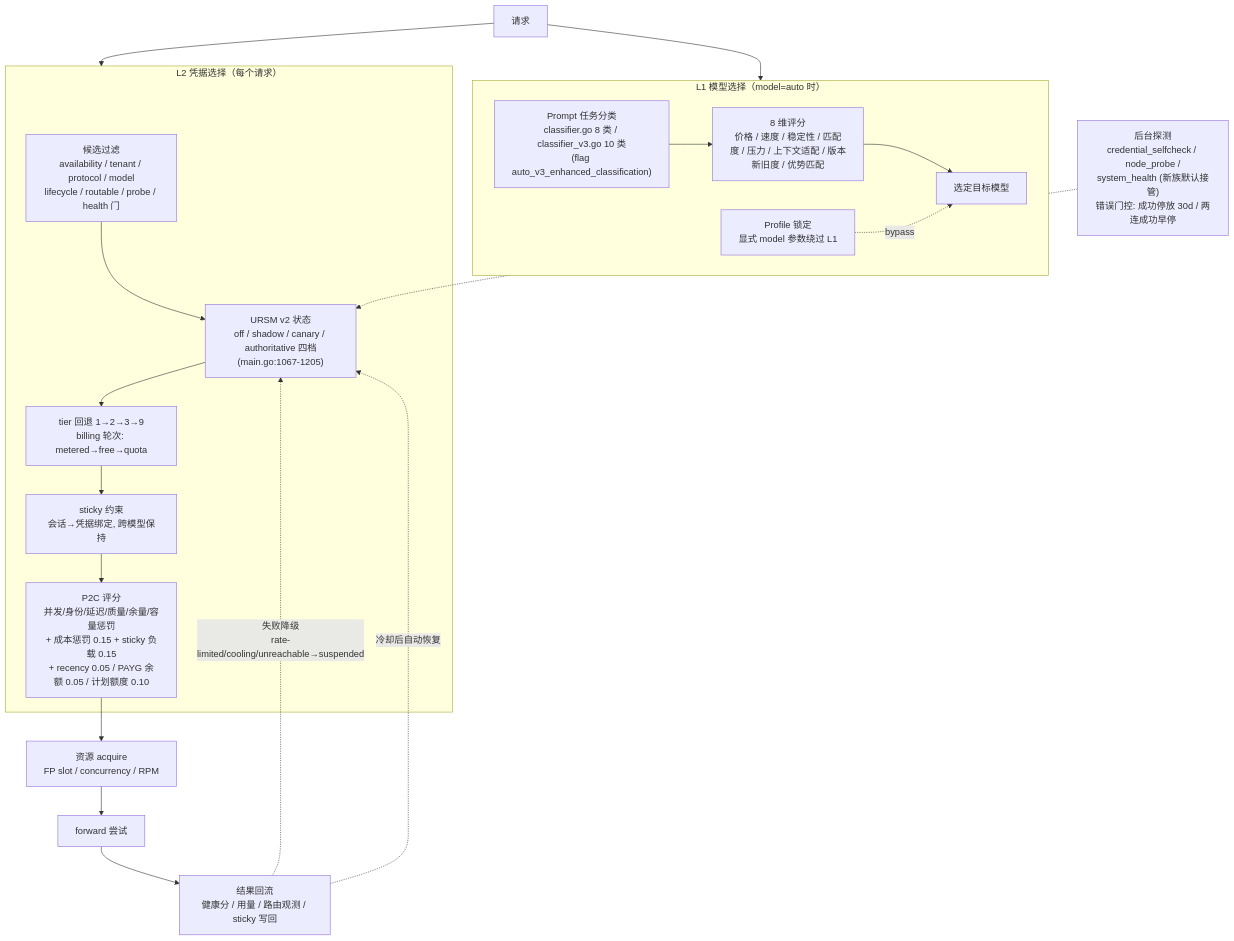
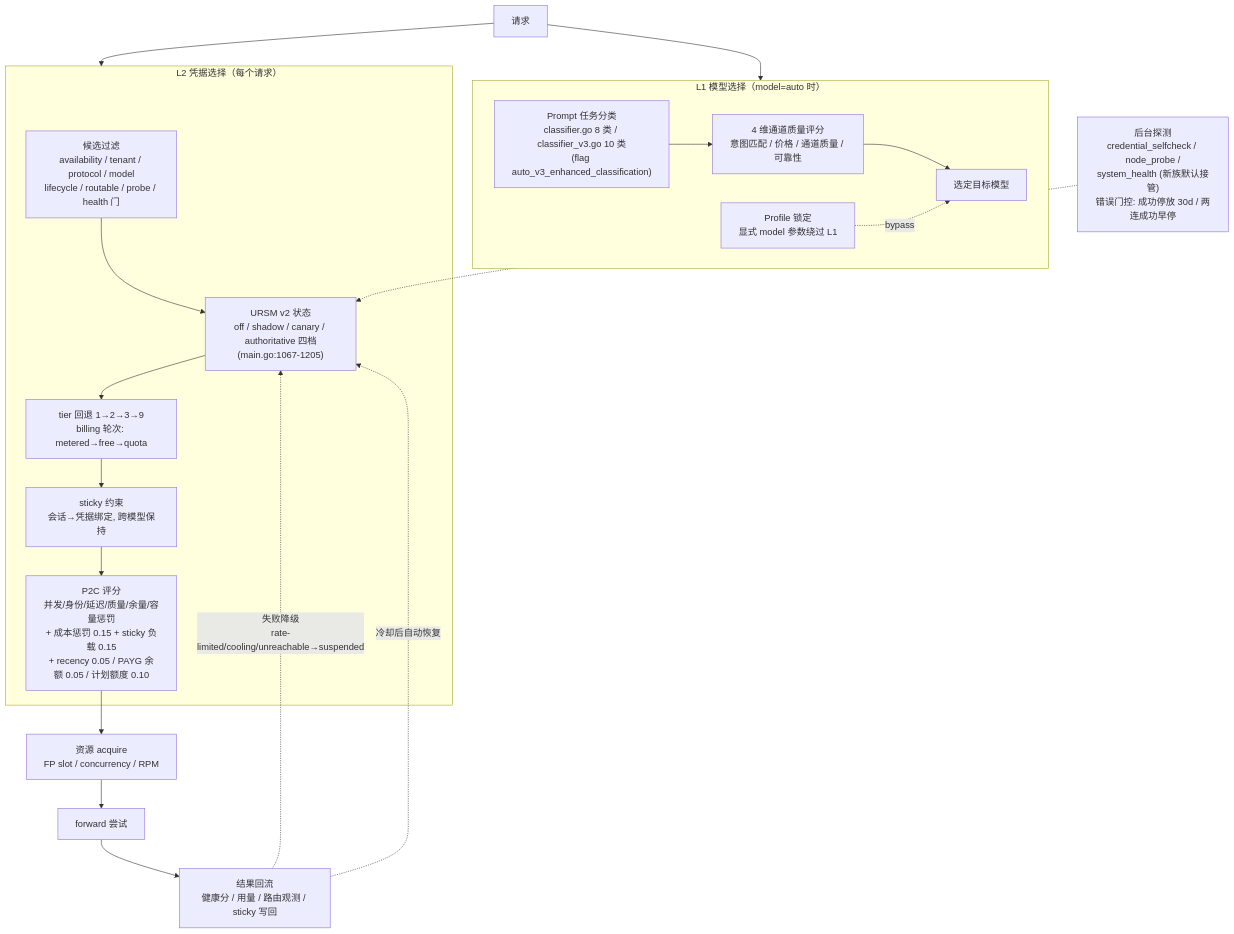
Before and after one commit to halfking/ai-native-gateway-core: the fourth of 9 diagrams in docs/architecture-diagrams.md, drawn with Mermaid. The commit also changed other lines of this file and 10 other files, not shown here.

````diff
--- a/docs/architecture-diagrams.md
+++ b/docs/architecture-diagrams.md
@@ -159,29 +159,29 @@
 ```mermaid
 graph TB
     subgraph L1["L1 模型选择（model=auto 时）"]
         CLS["Prompt 任务分类<br/>classifier.go 8 类 / classifier_v3.go 10 类<br/>(flag auto_v3_enhanced_classification)"]
-        SCORE8["8 维评分<br/>价格 / 速度 / 稳定性 / 匹配度 / 压力 / 上下文适配 / 版本新旧度 / 优势匹配"]
+        SCORE4["4 维通道质量评分<br/>意图匹配 / 价格 / 通道质量 / 可靠性"]
         LOCK["Profile 锁定<br/>显式 model 参数绕过 L1"]
-        CLS --> SCORE8 --> PICK["选定目标模型"]
+        CLS --> SCORE4 --> PICK["选定目标模型"]
         LOCK -.->|"bypass"| PICK
     end
 
     subgraph L2["L2 凭据选择（每个请求）"]
         FILTER["候选过滤<br/>availability / tenant / protocol / model<br/>lifecycle / routable / probe / health 门"]
         URSMS["URSM v2 状态<br/>off / shadow / canary / authoritative 四档<br/>(main.go:1067-1205)"]
         TIER["tier 回退 1→2→3→9<br/>billing 轮次: metered→free→quota"]
         STICKYIN["sticky 约束<br/>会话→凭据绑定, 跨模型保持"]
         P2CS["P2C 评分<br/>并发/身份/延迟/质量/余量/容量惩罚<br/>+ 成本惩罚 0.15 + sticky 负载 0.15<br/>+ recency 0.05 / PAYG 余额 0.05 / 计划额度 0.10"]
         FILTER --> URSMS --> TIER --> STICKYIN --> P2CS
     end
 
     REQ["请求"] --> L1
     REQ --> L2
     P2CS --> ACQ["资源 acquire<br/>FP slot / concurrency / RPM"]
     ACQ --> FWD["forward 尝试"]
     FWD --> OUTCOME["结果回流<br/>健康分 / 用量 / 路由观测 / sticky 写回"]
     OUTCOME -.->|"失败降级<br/>rate-limited/cooling/unreachable→suspended"| URSMS
     OUTCOME -.->|"冷却后自动恢复"| URSMS
 
     PROBE["后台探测<br/>credential_selfcheck / node_probe /<br/>system_health (新族默认接管)<br/>错误门控: 成功停放 30d / 两连成功早停"] -.-> URSMS
 ```
````
